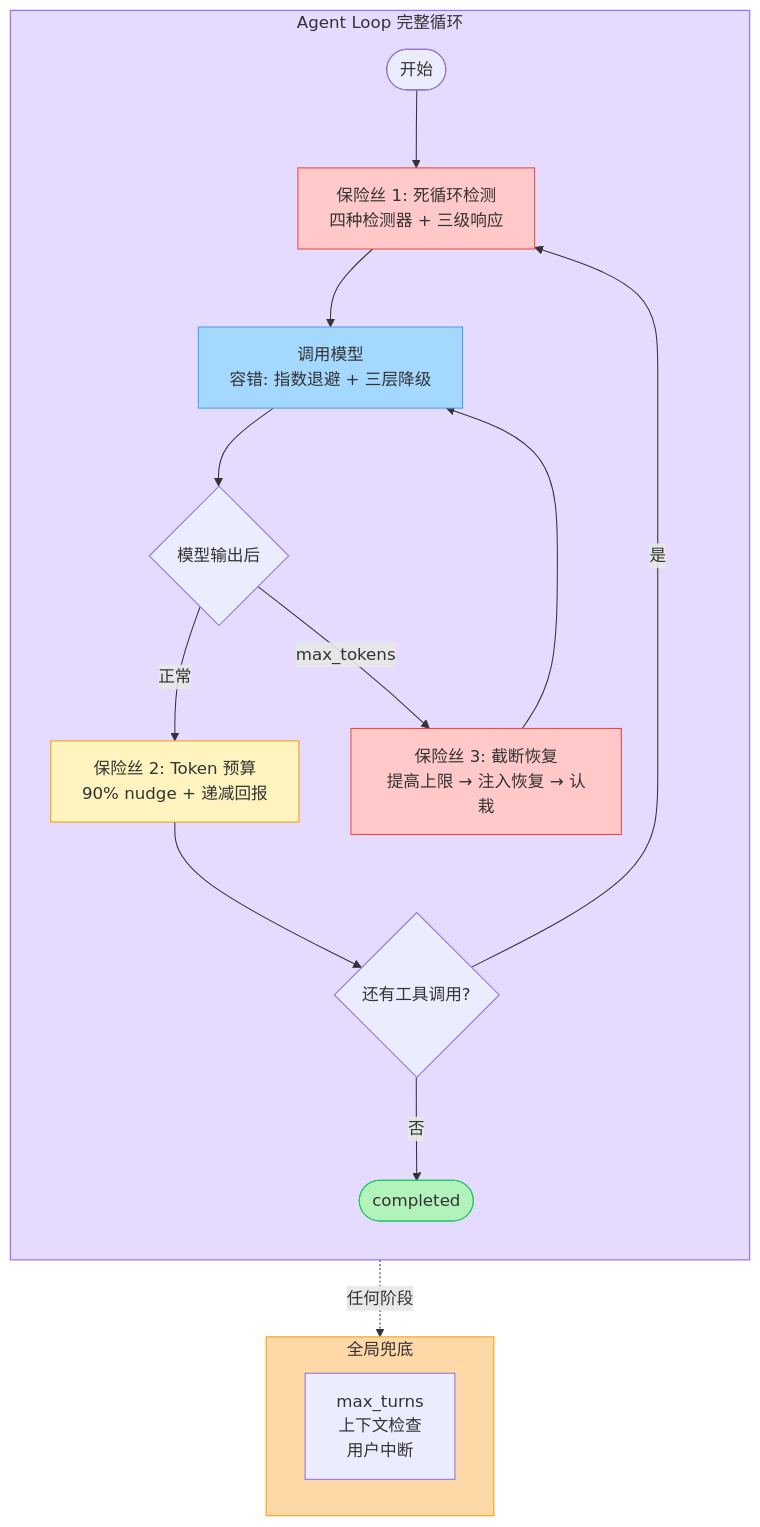
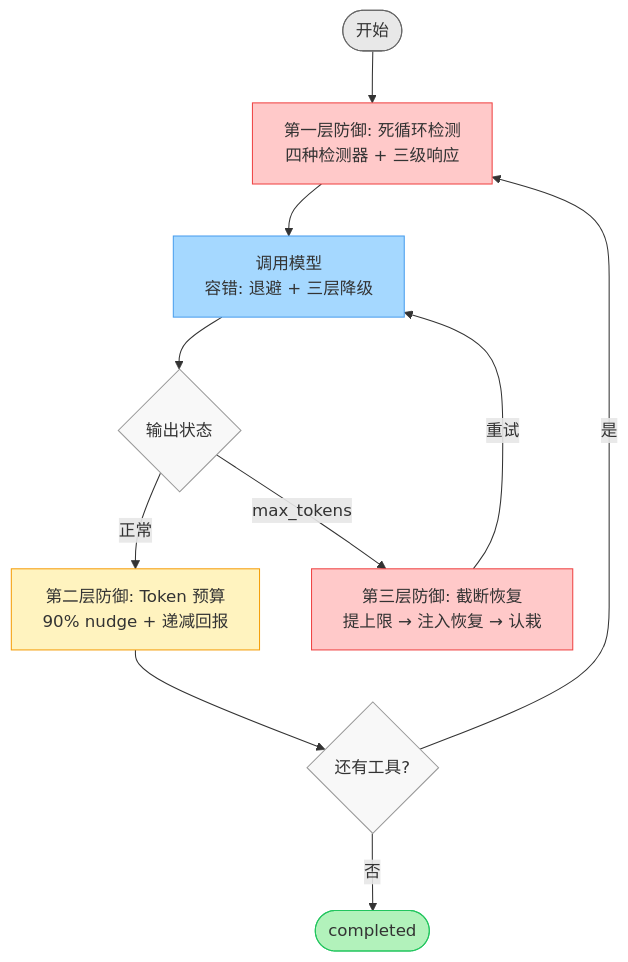
Before and after one commit to caosiwei97/agent-loop-demo: the diagram in cases/12-agent-loop-skeleton/diagram.mmd, drawn with Mermaid. The commit also changed 27 other files, not shown here.

```diff
--- a/cases/12-agent-loop-skeleton/diagram.mmd
+++ b/cases/12-agent-loop-skeleton/diagram.mmd
@@ -1,27 +1,19 @@
-graph TB
-    subgraph AgentLoop["Agent Loop 完整循环"]
-        direction TB
-        START(["开始"]) --> PRE["保险丝 1: 死循环检测<br/>四种检测器 + 三级响应"]
-        PRE --> CALL["调用模型<br/>容错: 指数退避 + 三层降级"]
-        CALL --> POST{"模型输出后"}
-        POST -->|"正常"| BUDGET["保险丝 2: Token 预算<br/>90% nudge + 递减回报"]
-        POST -->|"max_tokens"| TRUNC["保险丝 3: 截断恢复<br/>提高上限 → 注入恢复 → 认栽"]
-        BUDGET --> CHECK{"还有工具调用?"}
-        CHECK -->|"是"| PRE
-        CHECK -->|"否"| DONE(["completed"])
-        TRUNC --> CALL
-    end
+flowchart TD
+    START([开始]) --> DETECT["第一层防御: 死循环检测<br/>四种检测器 + 三级响应"]
+    DETECT --> CALL["调用模型<br/>容错: 退避 + 三层降级"]
+    CALL --> POST{输出状态}
+    POST -->|正常| BUDGET["第二层防御: Token 预算<br/>90% nudge + 递减回报"]
+    POST -->|max_tokens| TRUNC["第三层防御: 截断恢复<br/>提上限 → 注入恢复 → 认栽"]
+    TRUNC -->|重试| CALL
+    BUDGET --> CHECK{还有工具?}
+    CHECK -->|是| DETECT
+    CHECK -->|否| DONE([completed])
 
-    subgraph Global["全局兜底"]
-        MAX["max_turns<br/>上下文检查<br/>用户中断"]
-    end
-
-    AgentLoop -.->|"任何阶段"| Global
-
-    style AgentLoop fill:#e5dbff,stroke:#8b5cf6,opacity:30
-    style Global fill:#ffd8a8,stroke:#f59e0b,opacity:30
-    style PRE fill:#ffc9c9,stroke:#ef4444
-    style CALL fill:#a5d8ff,stroke:#4a9eed
-    style BUDGET fill:#fff3bf,stroke:#f59e0b
-    style TRUNC fill:#ffc9c9,stroke:#ef4444
-    style DONE fill:#b2f2bb,stroke:#22c55e
+    style START fill:#e8e8e8,stroke:#666,color:#333
+    style DETECT fill:#ffc9c9,stroke:#ef4444,color:#333
+    style CALL fill:#a5d8ff,stroke:#4a9eed,color:#333
+    style BUDGET fill:#fff3bf,stroke:#f59e0b,color:#333
+    style TRUNC fill:#ffc9c9,stroke:#ef4444,color:#333
+    style DONE fill:#b2f2bb,stroke:#22c55e,color:#333
+    style POST fill:#f8f8f8,stroke:#999,color:#333
+    style CHECK fill:#f8f8f8,stroke:#999,color:#333
```
